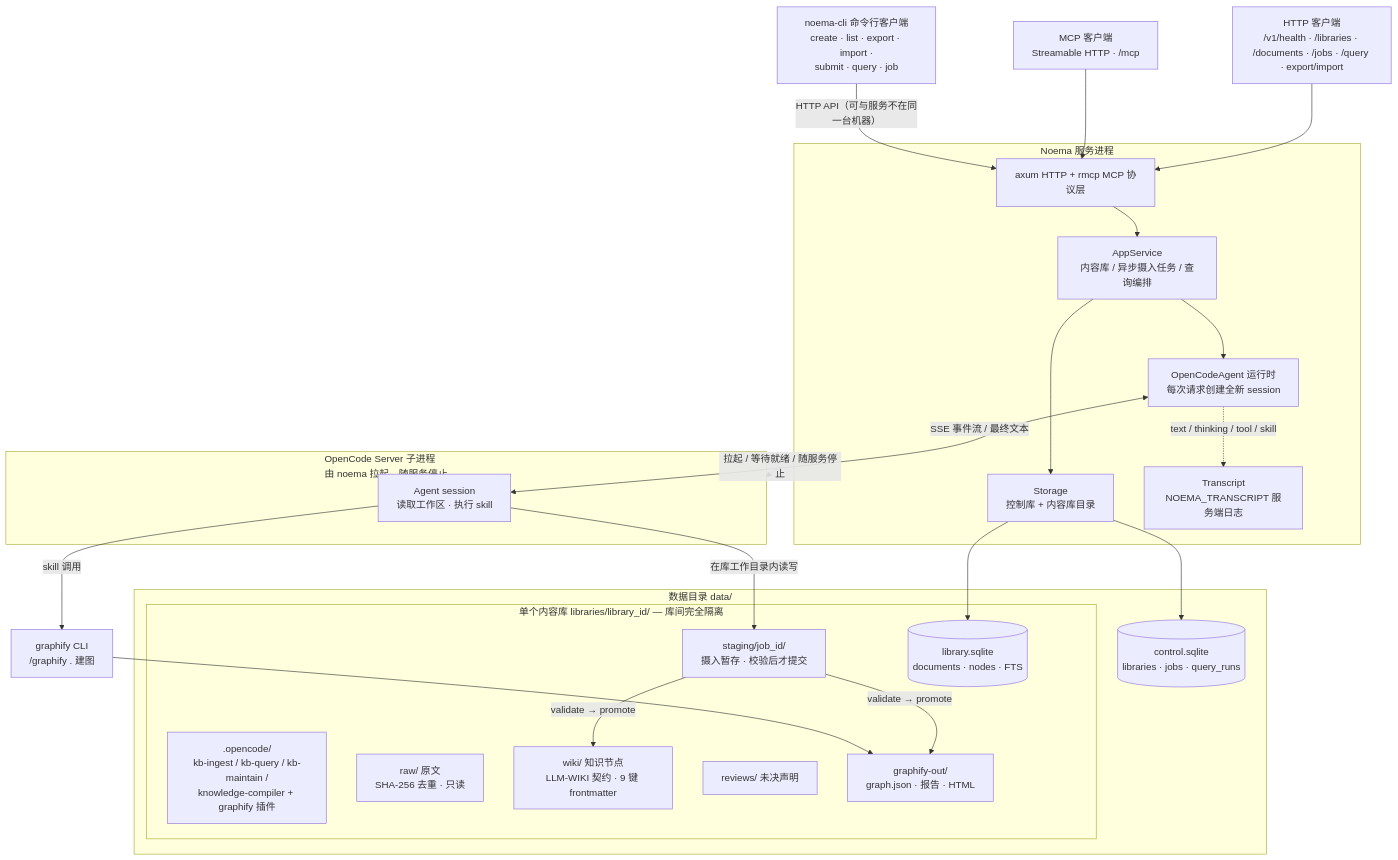
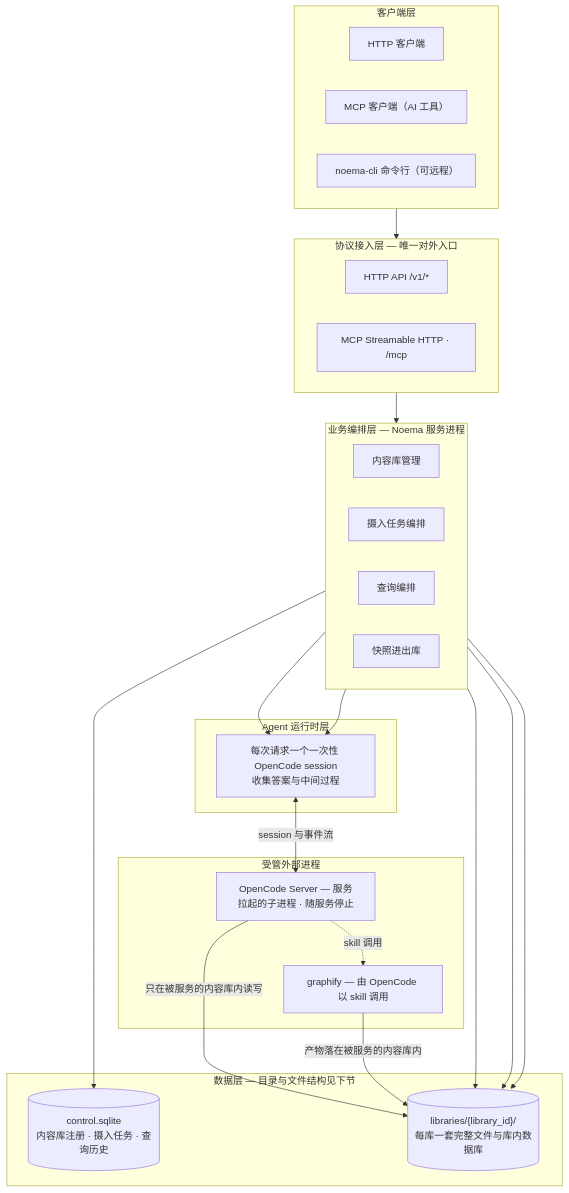
Before and after one commit to xutianyi1999/noema: the first of 5 diagrams in README.md, drawn with Mermaid. The commit also changed other lines of this file, not shown here.

Commit message:
refactor: reorganize README to clarify design principles and content library structure

````diff
--- a/README.md
+++ b/README.md
@@ -11,49 +19,47 @@
 ```mermaid
 flowchart TB
-    HC["HTTP 客户端<br/>/v1/health · /libraries · /documents · /jobs · /query · export/import"]
-    MC["MCP 客户端<br/>Streamable HTTP · /mcp"]
-    CLI["noema-cli 命令行客户端<br/>create · list · export · import ·<br/>submit · query · job"]
-
-    subgraph SVC["Noema 服务进程"]
-        API["axum HTTP + rmcp MCP 协议层"]
-        APP["AppService<br/>内容库 / 异步摄入任务 / 查询编排"]
-        RT["OpenCodeAgent 运行时<br/>每次请求创建全新 session"]
-        STO["Storage<br/>控制库 + 内容库目录"]
-        TR["Transcript<br/>NOEMA_TRANSCRIPT 服务端日志"]
+    subgraph L1["客户端层"]
+        HC["HTTP 客户端"]
+        MC["MCP 客户端（AI 工具）"]
+        CLI["noema-cli 命令行（可远程）"]
     end
 
-    subgraph DATA["数据目录 data/"]
-        CTL[("control.sqlite<br/>libraries · jobs · query_runs")]
-        subgraph LIB["单个内容库 libraries/library_id/ — 库间完全隔离"]
-            OC[".opencode/<br/>kb-ingest / kb-query / kb-maintain /<br/>knowledge-compiler + graphify 插件"]
-            RAW["raw/ 原文<br/>SHA-256 去重 · 只读"]
-            WIKI["wiki/ 知识节点<br/>LLM-WIKI 契约 · 9 键 frontmatter"]
-            REV["reviews/ 未决声明"]
-            GOUT["graphify-out/<br/>graph.json · 报告 · HTML"]
-            STG["staging/job_id/<br/>摄入暂存 · 校验后才提交"]
-            LDB[("library.sqlite<br/>documents · nodes · FTS")]
-        end
+    subgraph L2["协议接入层 — 唯一对外入口"]
+        HTTP["HTTP API /v1/*"]
+        MCPE["MCP Streamable HTTP · /mcp"]
     end
 
-    subgraph OCD["OpenCode Server 子进程<br/>由 noema 拉起，随服务停止"]
-        SES["Agent session<br/>读取工作区 · 执行 skill"]
+    subgraph L3["业务编排层 — Noema 服务进程"]
+        direction LR
+        LIB["内容库管理"]
+        ING["摄入任务编排"]
+        QRY["查询编排"]
+        SNAP["快照进出库"]
     end
-    GCLI["graphify CLI<br/>/graphify . 建图"]
 
-    HC --> API
-    MC --> API
-    API --> APP
-    APP --> RT
-    APP --> STO
-    STO --> CTL
-    STO --> LDB
-    RT <-->|"SSE 事件流 / 最终文本"| SES
-    SES -->|"在库工作目录内读写"| STG
-    STG -->|"validate → promote"| WIKI
-    STG -->|"validate → promote"| GOUT
-    SES -->|"skill 调用"| GCLI
-    GCLI --> GOUT
-    RT -.->|"text / thinking / tool / skill"| TR
-    SVC -.->|"拉起 / 等待就绪 / 随服务停止"| OCD
-    CLI -->|"HTTP API（可与服务不在同一台机器）"| API
+    subgraph L4["Agent 运行时层"]
+        RT["每次请求一个一次性 OpenCode session<br/>收集答案与中间过程"]
+    end
+
+    subgraph L5["数据层 — 目录与文件结构见下节"]
+        CTL[("control.sqlite<br/>内容库注册 · 摄入任务 · 查询历史")]
+        FS[("libraries/{library_id}/<br/>每库一套完整文件与库内数据库")]
+    end
+
+    subgraph L6["受管外部进程"]
+        OC["OpenCode Server — 服务拉起的子进程 · 随服务停止"]
+        GF["graphify — 由 OpenCode 以 skill 调用"]
+    end
+
+    L1 --> L2 --> L3
+    LIB --> CTL
+    LIB --> FS
+    ING --> RT
+    QRY --> RT
+    ING --> FS
+    SNAP --> FS
+    RT <-->|"session 与事件流"| OC
+    OC -.->|"skill 调用"| GF
+    OC -->|"只在被服务的内容库内读写"| FS
+    GF -->|"产物落在被服务的内容库内"| FS
 ```
````
